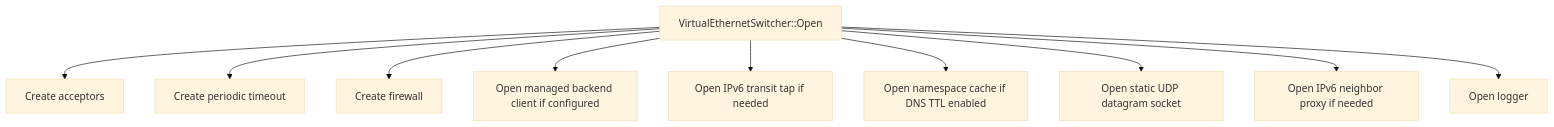
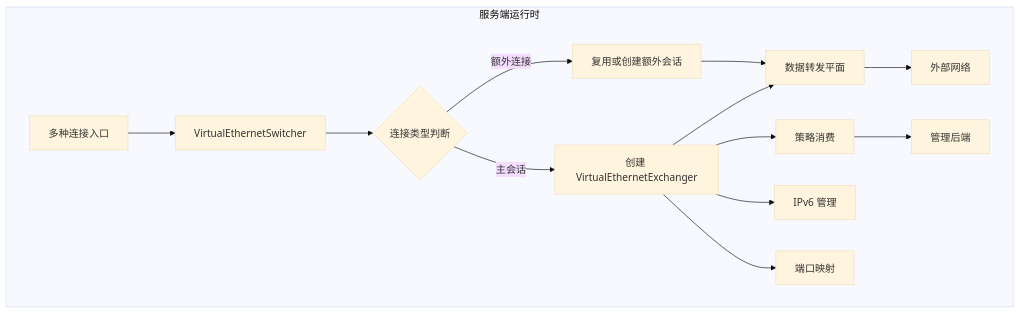
One commit to HyacinthHaru/openppp2 changed the first of 11 diagrams in docs/SERVER_ARCHITECTURE_CN.md. Above: the diagram before and after it, drawn with Mermaid (base theme). The commit also changed other lines of this file and 31 other files, not shown here.

````diff
--- a/docs/SERVER_ARCHITECTURE_CN.md
+++ b/docs/SERVER_ARCHITECTURE_CN.md
@@ -89,12 +29,16 @@
 ```mermaid
 flowchart TD
-    A[VirtualEthernetSwitcher::Open] --> B[Create acceptors]
-    A --> C[Create periodic timeout]
-    A --> D[Create firewall]
-    A --> E[Open managed backend client if configured]
-    A --> F[Open IPv6 transit tap if needed]
-    A --> G[Open namespace cache if DNS TTL enabled]
-    A --> H[Open static UDP datagram socket]
-    A --> I[Open IPv6 neighbor proxy if needed]
-    A --> J[Open logger]
+    subgraph 服务端运行时
+        A[多种连接入口] --> B[VirtualEthernetSwitcher]
+        B --> C{连接类型判断}
+        C -->|主会话| D[创建 VirtualEthernetExchanger]
+        C -->|额外连接| E[复用或创建额外会话]
+        D --> F[数据转发平面]
+        E --> F
+        D --> G[策略消费]
+        D --> H[IPv6 管理]
+        D --> I[端口映射]
+        F --> J[外部网络]
+        G --> K[管理后端]
+    end
 ```
````
